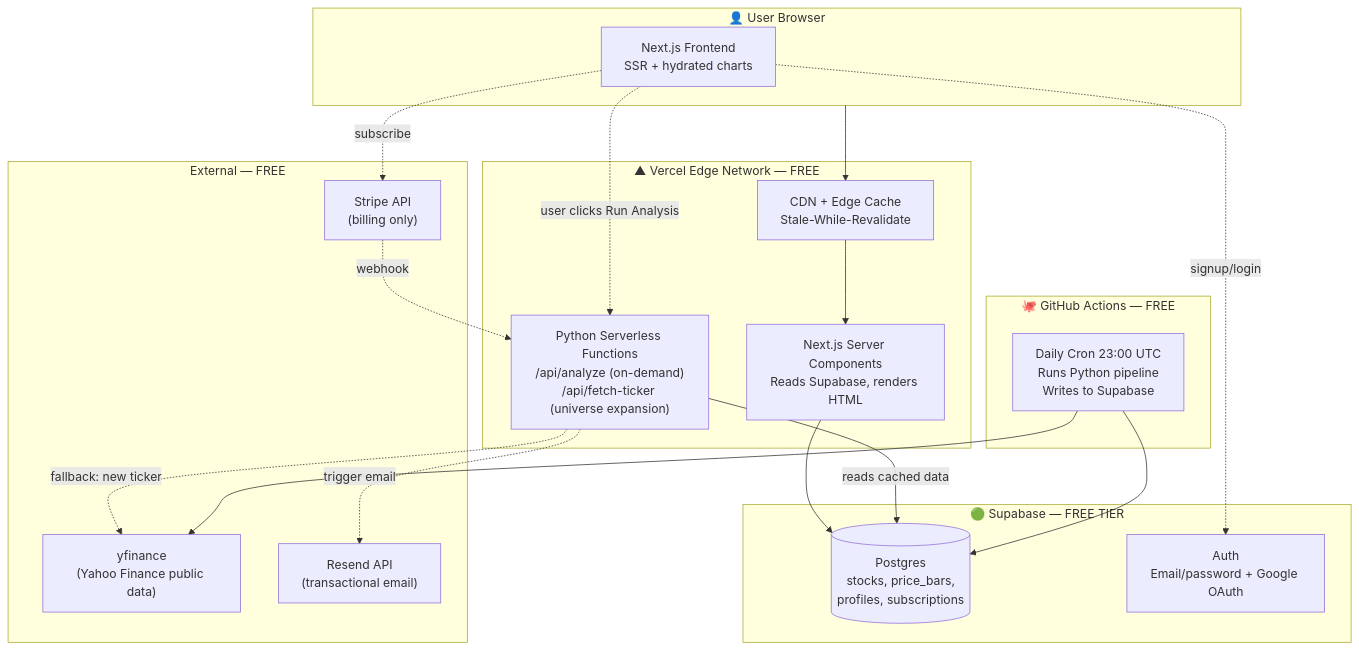
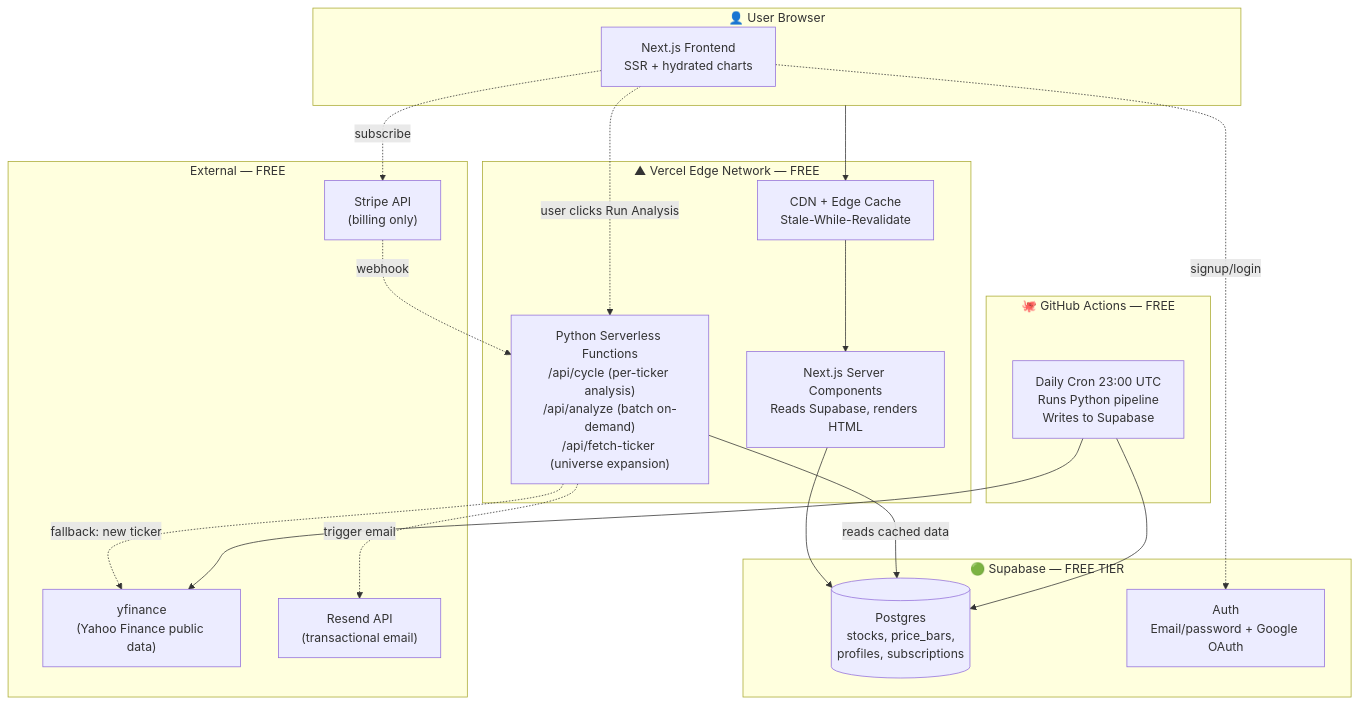
One commit to ayaatnibrasaziz/majorcycle changed the diagram in docs/architecture.md. Above: the diagram before and after it, drawn with Mermaid. The commit also changed other lines of this file and 18 other files, not shown here.

````diff
--- a/docs/architecture.md
+++ b/docs/architecture.md
@@ -13,40 +13,40 @@
 ```mermaid
 flowchart TB
     subgraph User["👤 User Browser"]
         UI["Next.js Frontend<br/>SSR + hydrated charts"]
     end
 
     subgraph Vercel["▲ Vercel Edge Network — FREE"]
         Edge["CDN + Edge Cache<br/>Stale-While-Revalidate"]
         SSR["Next.js Server Components<br/>Reads Supabase, renders HTML"]
-        PyFn["Python Serverless Functions<br/>/api/analyze (on-demand)<br/>/api/fetch-ticker (universe expansion)"]
+        PyFn["Python Serverless Functions<br/>/api/cycle (per-ticker analysis)<br/>/api/analyze (batch on-demand)<br/>/api/fetch-ticker (universe expansion)"]
     end
 
     subgraph Supabase["🟢 Supabase — FREE TIER"]
         DB[("Postgres<br/>stocks, price_bars,<br/>profiles, subscriptions")]
         Auth["Auth<br/>Email/password + Google OAuth"]
     end
 
     subgraph GHA["🐙 GitHub Actions — FREE"]
         Cron["Daily Cron 23:00 UTC<br/>Runs Python pipeline<br/>Writes to Supabase"]
     end
 
     subgraph External["External — FREE"]
         YF["yfinance<br/>(Yahoo Finance public data)"]
         Stripe["Stripe API<br/>(billing only)"]
         Resend["Resend API<br/>(transactional email)"]
     end
 
     User --> Edge
     Edge --> SSR
     SSR --> DB
     UI -.->|user clicks Run Analysis| PyFn
     PyFn -->|reads cached data| DB
     PyFn -.->|fallback: new ticker| YF
     Cron --> YF
     Cron --> DB
     UI -.->|signup/login| Auth
     UI -.->|subscribe| Stripe
     Stripe -.->|webhook| PyFn
     PyFn -.->|trigger email| Resend
 ```
````
